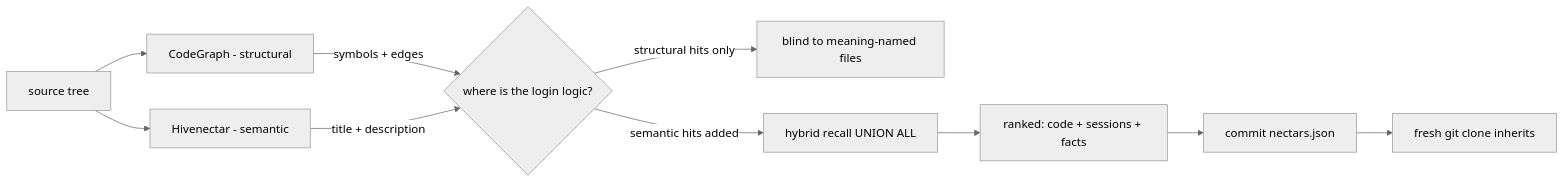
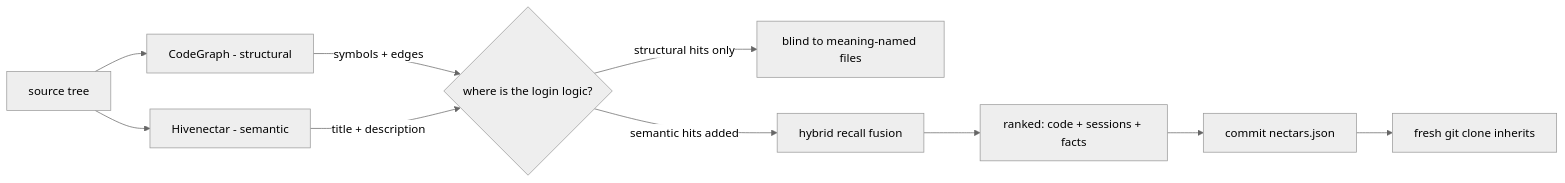
The first of 2 diagrams in library/knowledge/private/overview/overview-ecosystem-story-arc.md (legioncodeinc/nectar), drawn with Mermaid (neutral theme) before and after one commit. The commit also changed other lines of this file and 125 other files, not shown here.

````diff
--- a/library/knowledge/private/overview/overview-ecosystem-story-arc.md
+++ b/library/knowledge/private/overview/overview-ecosystem-story-arc.md
@@ -74,12 +75,12 @@
 ```mermaid
 flowchart LR
     code["source tree"] --> cg["CodeGraph - structural"]
     code --> hn["Hivenectar - semantic"]
     cg -->|symbols + edges| gap{"where is the login logic?"}
     hn -->|title + description| gap
     gap -->|structural hits only| blind["blind to meaning-named files"]
-    gap -->|semantic hits added| union["hybrid recall UNION ALL"]
-    union --> ranked["ranked: code + sessions + facts"]
+    gap -->|semantic hits added| fusion["hybrid recall fusion"]
+    fusion --> ranked["ranked: code + sessions + facts"]
     ranked --> commit["commit nectars.json"]
     commit --> clone["fresh git clone inherits"]
 ```
````
